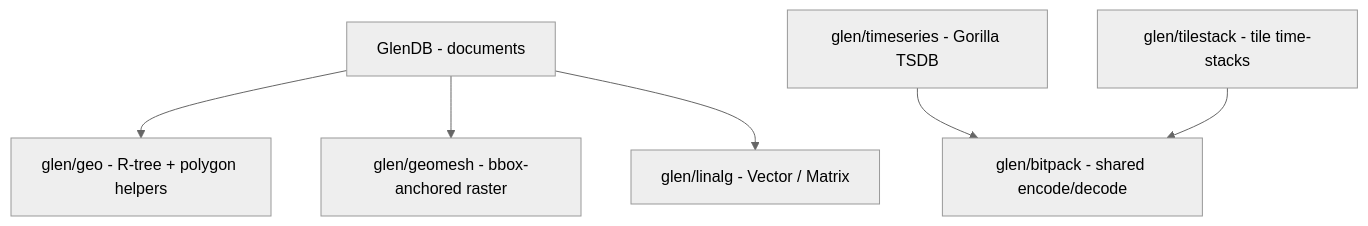
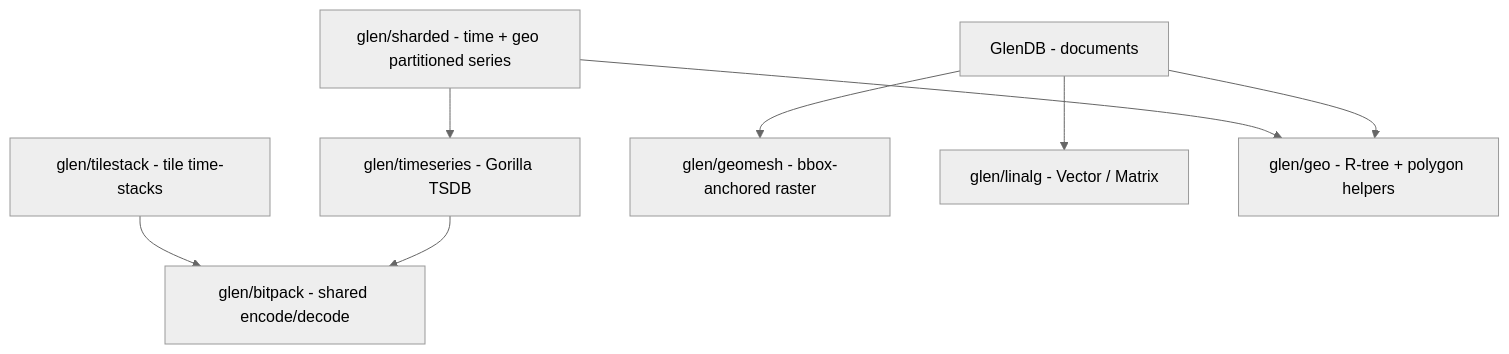
The fourth of 4 diagrams in docs/architecture.md (oshaulz/glen), drawn with Mermaid (neutral theme) before and after one commit. The commit also changed other lines of this file and 23 other files, not shown here.

````diff
--- a/docs/architecture.md
+++ b/docs/architecture.md
@@ -138,17 +140,20 @@
 ```mermaid
 graph TB
   GlenDB[GlenDB - documents]
   TS[glen/timeseries - Gorilla TSDB]
+  SH[glen/sharded - time + geo partitioned series]
   TST[glen/tilestack - tile time-stacks]
   GM[glen/geomesh - bbox-anchored raster]
   LA[glen/linalg - Vector / Matrix]
 
   Bitpack[glen/bitpack - shared encode/decode]
   TS --> Bitpack
   TST --> Bitpack
+  SH --> TS
 
   GeoMod[glen/geo - R-tree + polygon helpers]
   GlenDB --> GeoMod
   GlenDB --> GM
   GlenDB --> LA
+  SH --> GeoMod
 ```
````
